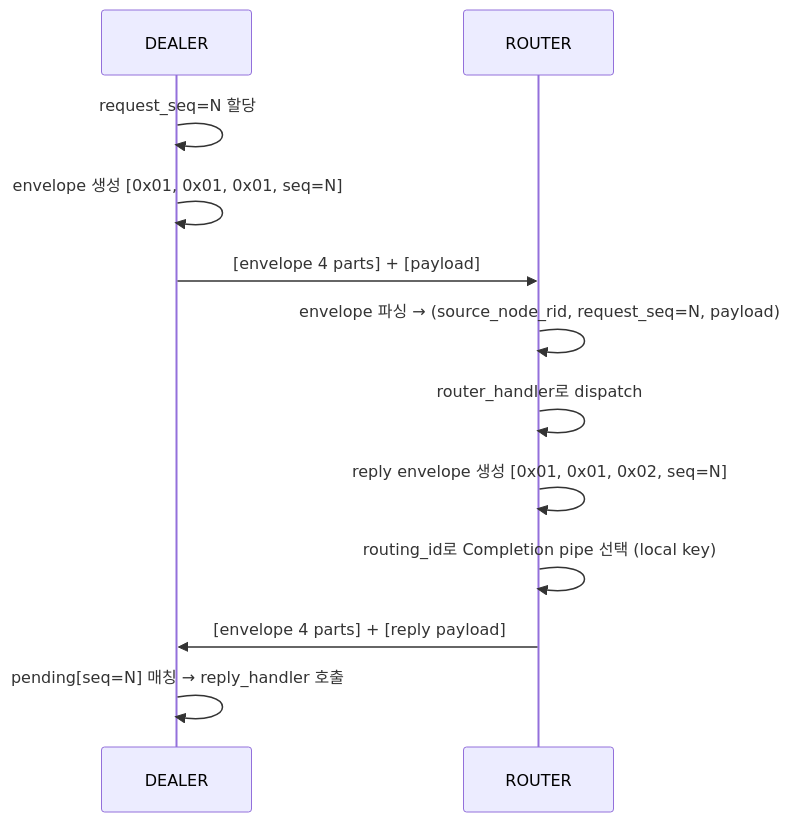
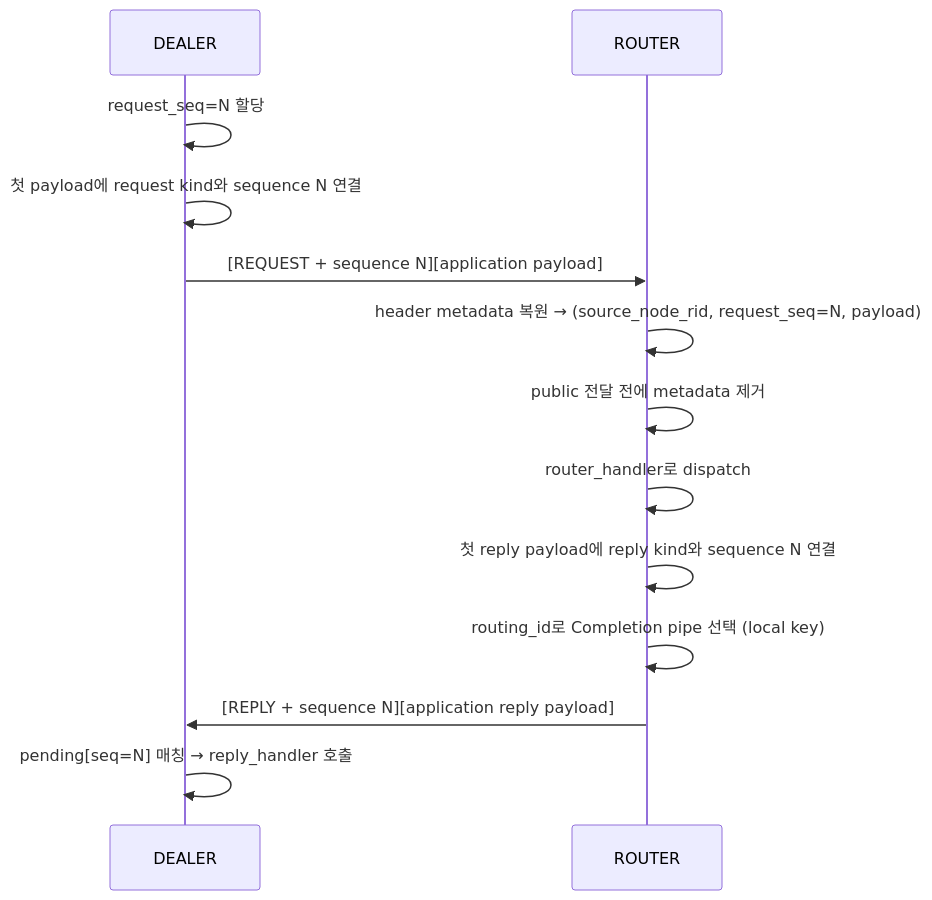
One commit to zlink-systems/zlink changed the second of 2 diagrams in core/doc/spec/core/protocol/01-zmp.ko.md. Above: the diagram before and after it, drawn with Mermaid. The commit also changed other lines of this file and 101 other files, not shown here.

Commit message:
feat(core): move request-reply metadata into ZMP headers

````diff
--- a/core/doc/spec/core/protocol/01-zmp.ko.md
+++ b/core/doc/spec/core/protocol/01-zmp.ko.md
@@ -202,15 +225,16 @@
 ```mermaid
 sequenceDiagram
     participant D as DEALER
     participant R as ROUTER
 
     D->>D: request_seq=N 할당
-    D->>D: envelope 생성 [0x01, 0x01, 0x01, seq=N]
-    D->>R: [envelope 4 parts] + [payload]
-    R->>R: envelope 파싱 → (source_node_rid, request_seq=N, payload)
+    D->>D: 첫 payload에 request kind와 sequence N 연결
+    D->>R: [REQUEST + sequence N][application payload]
+    R->>R: header metadata 복원 → (source_node_rid, request_seq=N, payload)
+    R->>R: public 전달 전에 metadata 제거
     R->>R: router_handler로 dispatch
-    R->>R: reply envelope 생성 [0x01, 0x01, 0x02, seq=N]
+    R->>R: 첫 reply payload에 reply kind와 sequence N 연결
     R->>R: routing_id로 Completion pipe 선택 (local key)
-    R->>D: [envelope 4 parts] + [reply payload]
+    R->>D: [REPLY + sequence N][application reply payload]
     D->>D: pending[seq=N] 매칭 → reply_handler 호출
 ```
````
